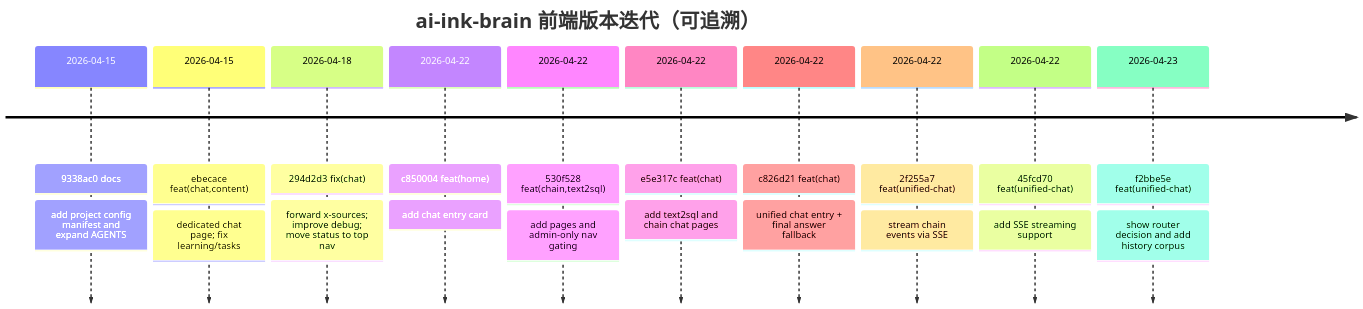
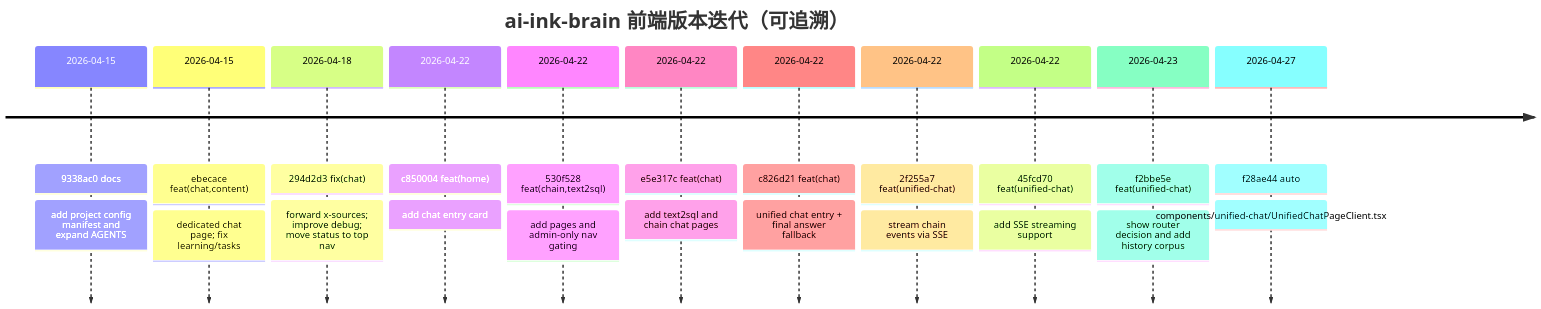
One commit to Cyning12/ai-ink-brain changed the diagram in docs/_tech_graph/02_version.md. Above: the diagram before and after it, drawn with Mermaid. The commit also changed 6 other files, not shown here.

First line of the commit message:
feat(unified-chat): consume SSE done.request_id for tracing

````diff
--- a/docs/_tech_graph/02_version.md
+++ b/docs/_tech_graph/02_version.md
@@ -1,17 +1,18 @@
 ```mermaid
 timeline
   title ai-ink-brain 前端版本迭代（可追溯）
 
   2026-04-15 : 9338ac0 docs: add project config manifest and expand AGENTS
   2026-04-15 : ebecace feat(chat,content): dedicated chat page; fix learning/tasks
   2026-04-18 : 294d2d3 fix(chat): forward x-sources; improve debug; move status to top nav
 
   2026-04-22 : c850004 feat(home): add chat entry card
   2026-04-22 : 530f528 feat(chain,text2sql): add pages and admin-only nav gating
   2026-04-22 : e5e317c feat(chat): add text2sql and chain chat pages
   2026-04-22 : c826d21 feat(chat): unified chat entry + final answer fallback
   2026-04-22 : 2f255a7 feat(unified-chat): stream chain events via SSE
   2026-04-22 : 45fcd70 feat(unified-chat): add SSE streaming support
 
   2026-04-23 : f2bbe5e feat(unified-chat): show router decision and add history corpus
+  2026-04-27 : f28ae44 auto: components/unified-chat/UnifiedChatPageClient.tsx
 ```
````
